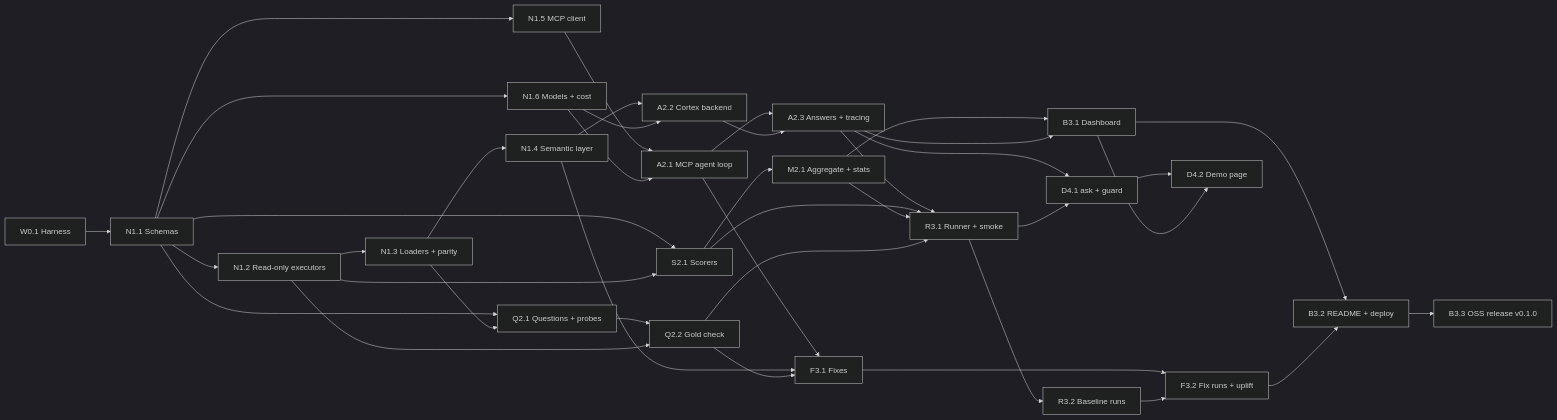
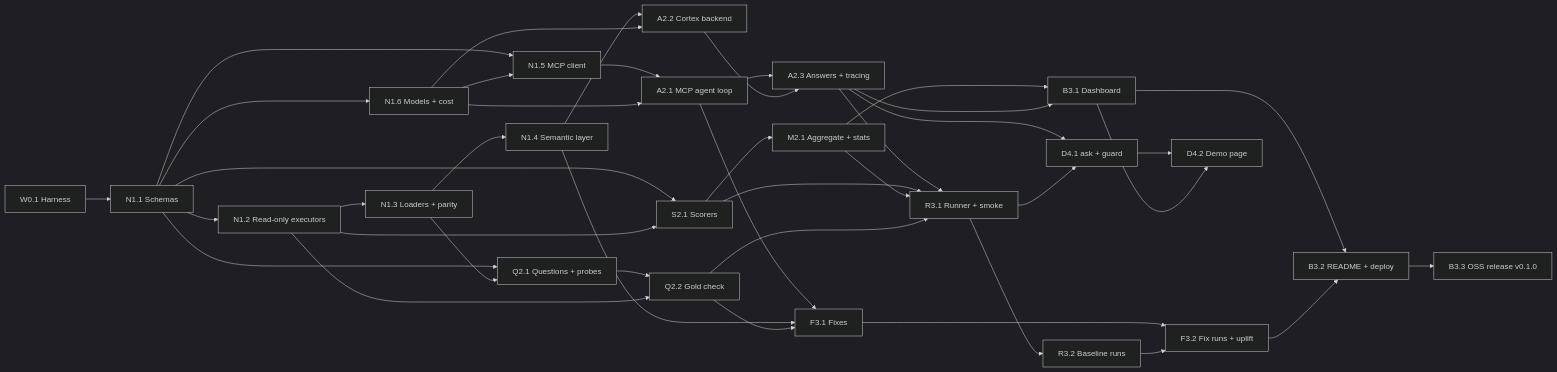
The diagram in Agentic Analytics Tech Spec.md (biplob819/agentic-analytics), drawn with Mermaid (dark theme) before and after one commit. The commit also changed other lines of this file and 28 other files, not shown here.

````diff
--- a/Agentic Analytics Tech Spec.md
+++ b/Agentic Analytics Tech Spec.md
@@ -643,41 +643,42 @@
 ```mermaid
 graph LR
   W01[W0.1 Harness] --> N11[N1.1 Schemas]
   N11 --> N12[N1.2 Read-only executors]
   N11 --> N15[N1.5 MCP client]
+  N16 --> N15
   N11 --> N16[N1.6 Models + cost]
   N12 --> N13[N1.3 Loaders + parity]
   N13 --> N14[N1.4 Semantic layer]
   N11 --> Q21[Q2.1 Questions + probes]
   N13 --> Q21
   Q21 --> Q22[Q2.2 Gold check]
   N12 --> Q22
   N15 --> A21[A2.1 MCP agent loop]
   N16 --> A21
   N14 --> A22[A2.2 Cortex backend]
   N16 --> A22
   A21 --> A23[A2.3 Answers + tracing]
   A22 --> A23
   N11 --> S21[S2.1 Scorers]
   N12 --> S21
   S21 --> M21[M2.1 Aggregate + stats]
   A23 --> R31[R3.1 Runner + smoke]
   S21 --> R31
   M21 --> R31
   Q22 --> R31
   R31 --> R32[R3.2 Baseline runs]
   A21 --> F31[F3.1 Fixes]
   N14 --> F31
   Q22 --> F31
   F31 --> F32[F3.2 Fix runs + uplift]
   R32 --> F32
   M21 --> B31[B3.1 Dashboard]
   A23 --> B31
   B31 --> B32[B3.2 README + deploy]
   F32 --> B32
   B32 --> B33[B3.3 OSS release v0.1.0]
   A23 --> D41[D4.1 ask + guard]
   R31 --> D41
   D41 --> D42[D4.2 Demo page]
   B31 --> D42
 ```
````
